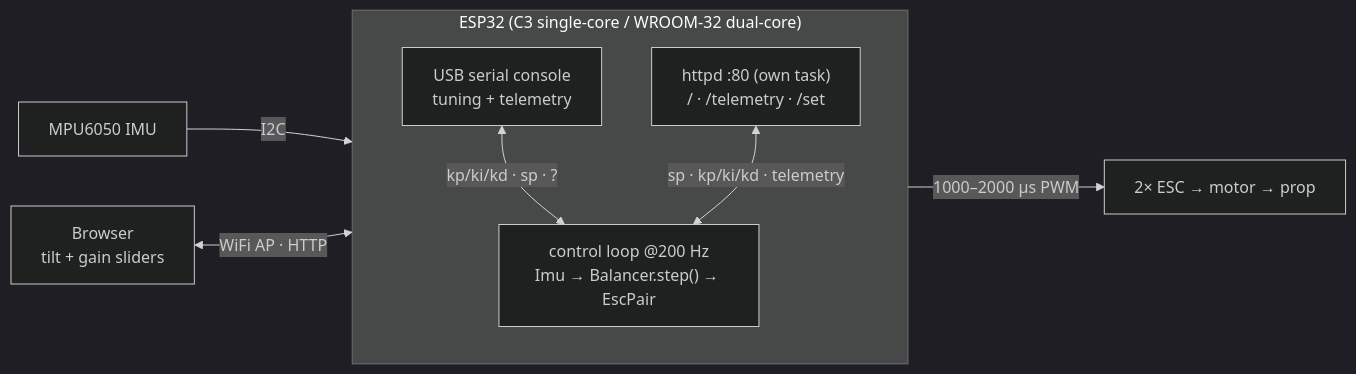
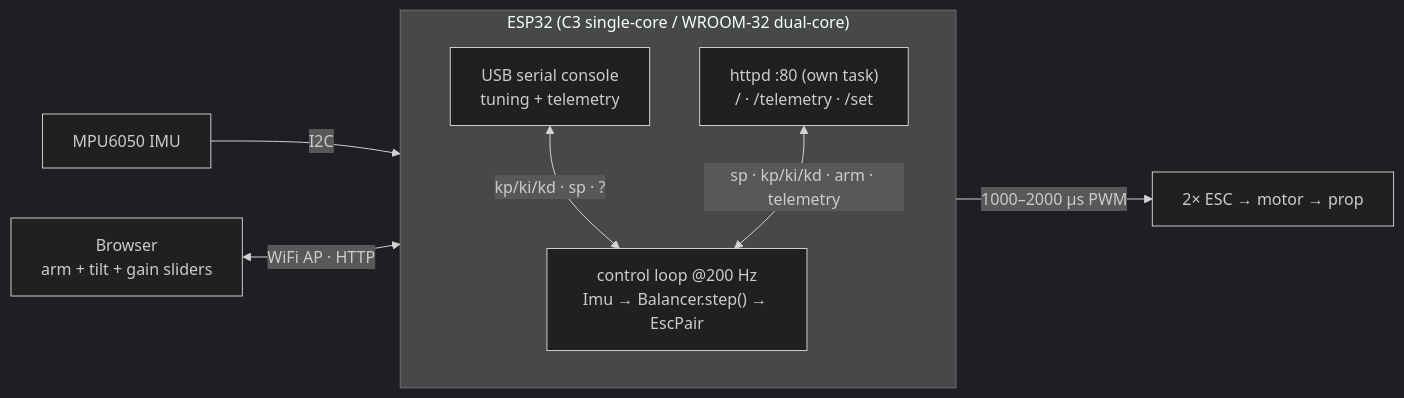
The first of 2 diagrams in README.md (lmarqs/libra), drawn with Mermaid (dark theme) before and after one commit. The commit also changed other lines of this file and 6 other files, not shown here.

First line of the commit message:
feat(web): add web arm/disarm (software master-enable, boots disarmed)

````diff
--- a/README.md
+++ b/README.md
@@ -66,14 +66,14 @@
 ```mermaid
 flowchart LR
     mpu["MPU6050 IMU"] -->|I2C| loop
     subgraph c3["ESP32 (C3 single-core / WROOM-32 dual-core)"]
         direction TB
         loop["control loop @200 Hz<br/>Imu → Balancer.step() → EscPair"]
         serial["USB serial console<br/>tuning + telemetry"]
         web["httpd :80 (own task)<br/>/ · /telemetry · /set"]
         serial <-->|"kp/ki/kd · sp · ?"| loop
-        web <-->|"sp · kp/ki/kd · telemetry"| loop
+        web <-->|"sp · kp/ki/kd · arm · telemetry"| loop
     end
     loop -->|"1000–2000 µs PWM"| esc["2× ESC → motor → prop"]
-    browser["Browser<br/>tilt + gain sliders"] <-->|"WiFi AP · HTTP"| web
+    browser["Browser<br/>arm + tilt + gain sliders"] <-->|"WiFi AP · HTTP"| web
 ```
````
